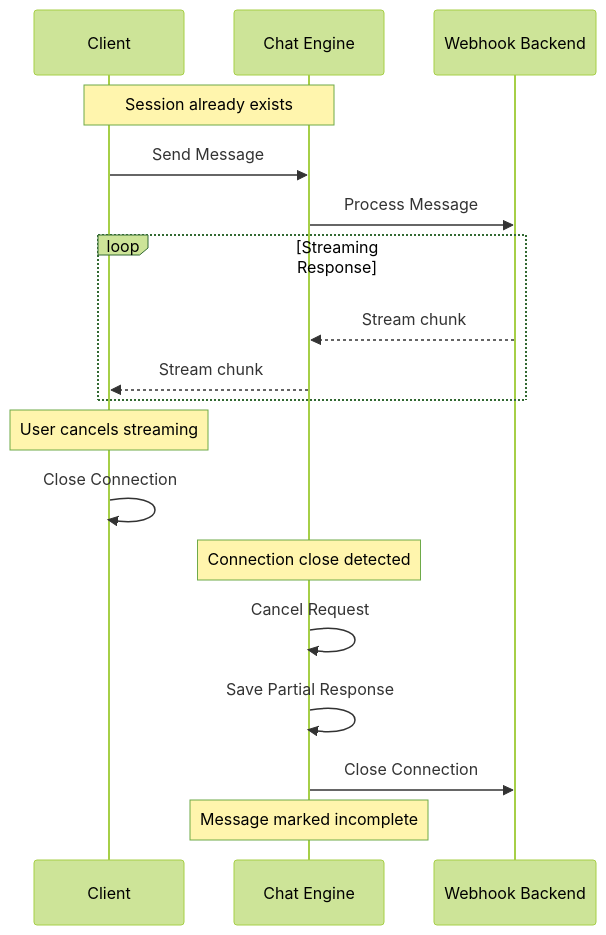
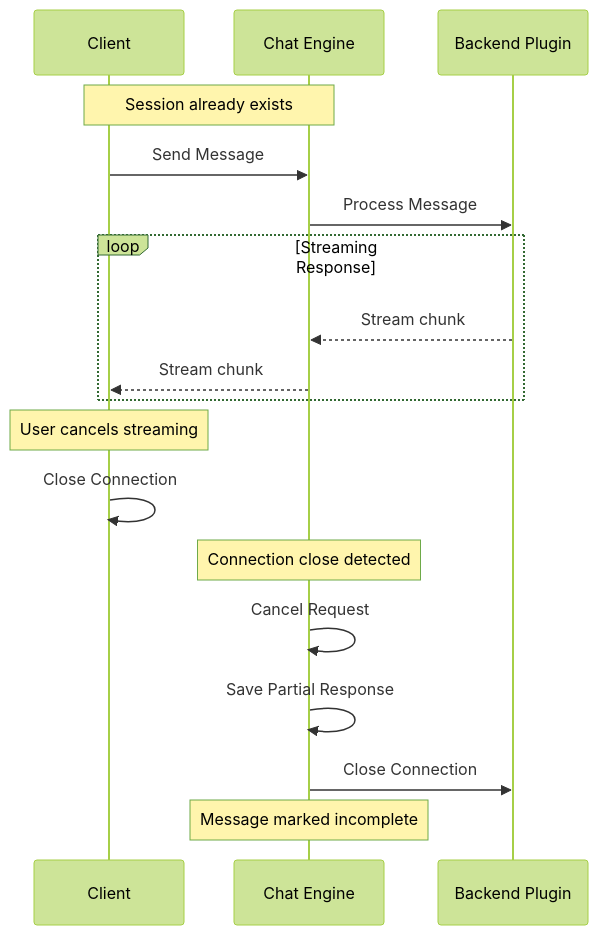
Before and after one commit to Ritmix3300/cyberfabric-core: diagram 11 of 16 in modules/chat_engine/DESIGN.md, drawn with Mermaid (forest theme). The commit also changed other lines of this file and 26 other files, not shown here.

Commit message:
replace webhook backend with backend plugin

````diff
--- a/modules/chat_engine/DESIGN.md
+++ b/modules/chat_engine/DESIGN.md
@@ -785,26 +781,26 @@
 ```mermaid
 sequenceDiagram
     participant Client
     participant Chat Engine
-    participant Webhook Backend
+    participant Backend Plugin
 
     Note over Client,Chat Engine: Session already exists
 
     Client->>Chat Engine: Send Message
-    Chat Engine->>Webhook Backend: Process Message
+    Chat Engine->>Backend Plugin: Process Message
 
     loop Streaming Response
-        Webhook Backend-->>Chat Engine: Stream chunk
+        Backend Plugin-->>Chat Engine: Stream chunk
         Chat Engine-->>Client: Stream chunk
     end
 
     Note over Client: User cancels streaming
     Client->>Client: Close Connection
 
     Note over Chat Engine: Connection close detected
     Chat Engine->>Chat Engine: Cancel Request
     Chat Engine->>Chat Engine: Save Partial Response
-    Chat Engine->>Webhook Backend: Close Connection
+    Chat Engine->>Backend Plugin: Close Connection
 
     Note over Chat Engine: Message marked incomplete
 ```
````
